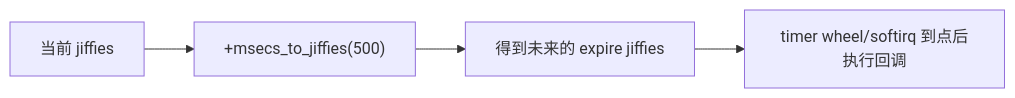
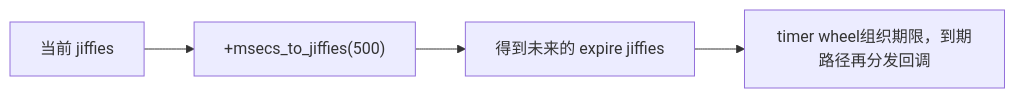
One commit to FormingSystem/linux_note changed the first of 4 diagrams in knowledge/linux/synchronization_and_asynchrony/asynchrony/timers/P02_Linux_时间基础与_timekeeping_框架速览.md. Above: the diagram before and after it, drawn with Mermaid. The commit also changed other lines of this file and 4 other files, not shown here.

````diff
--- a/knowledge/linux/synchronization_and_asynchrony/asynchrony/timers/P02_Linux_时间基础与_timekeeping_框架速览.md
+++ b/knowledge/linux/synchronization_and_asynchrony/asynchrony/timers/P02_Linux_时间基础与_timekeeping_框架速览.md
@@ -103,6 +86,6 @@
 ```mermaid
 flowchart LR
     A["当前 jiffies"] --> B["+msecs_to_jiffies(500)"]
     B --> C["得到未来的 expire jiffies"]
-    C --> D["timer wheel/softirq 到点后执行回调"]
+    C --> D["timer wheel组织期限，到期路径再分发回调"]
 ```
````
